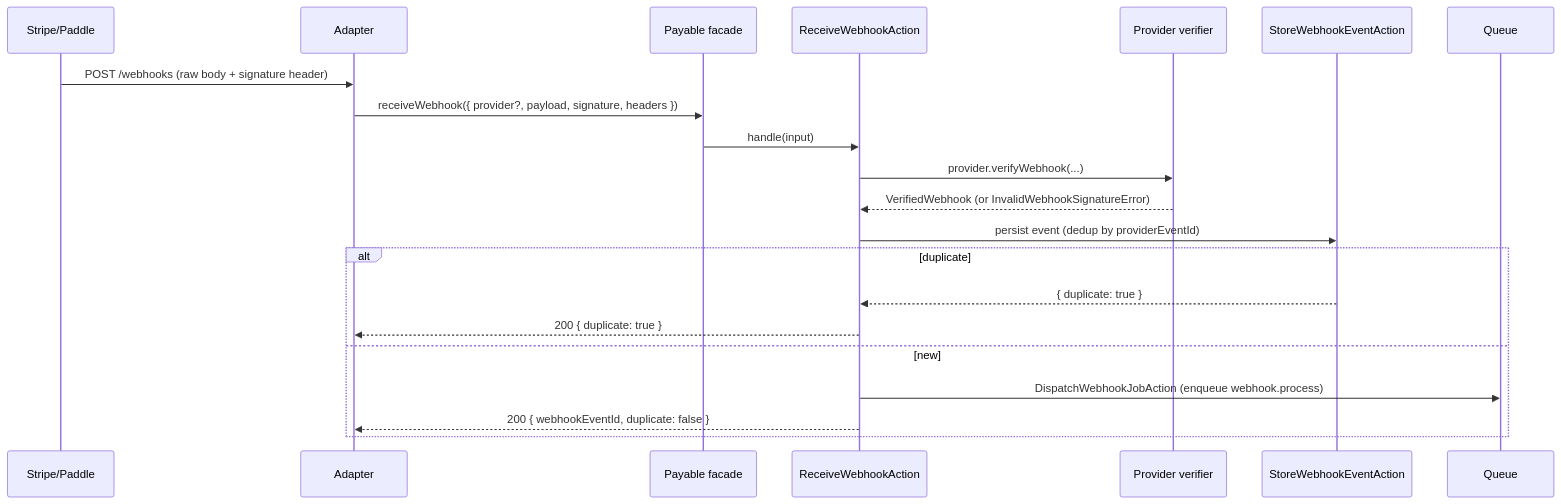
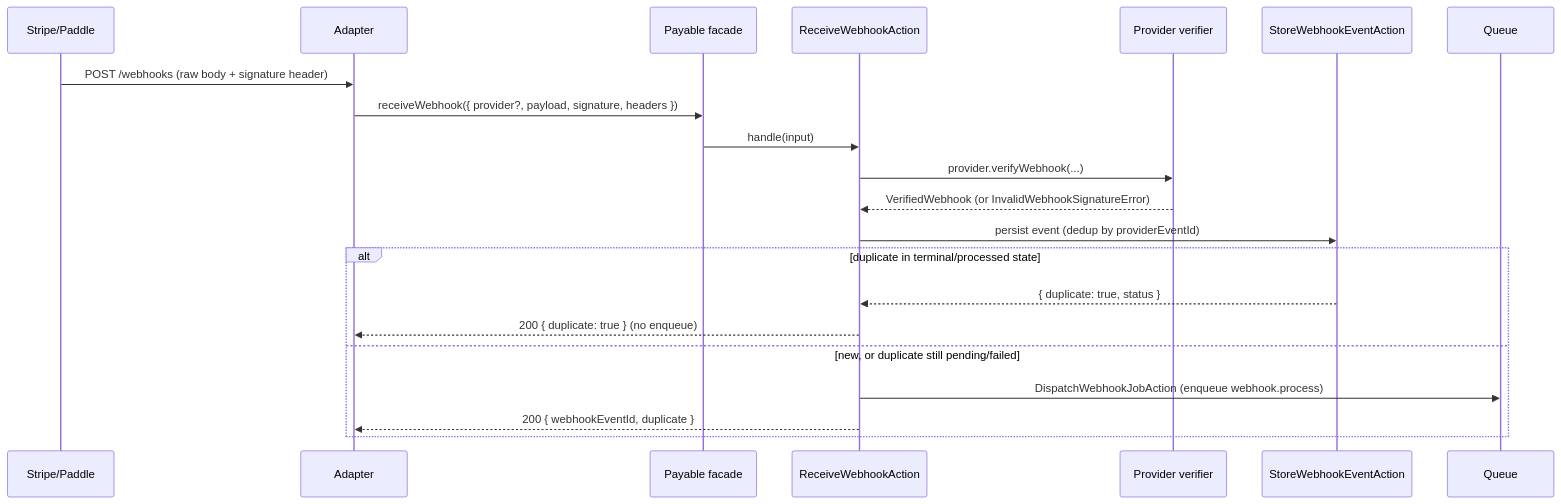
Before and after one commit to kidiatoliny/payable-docs: the second of 5 diagrams in _docs_src/27-data-flows.md, drawn with Mermaid. The commit also changed other lines of this file and 31 other files, not shown here.

````diff
--- a/_docs_src/27-data-flows.md
+++ b/_docs_src/27-data-flows.md
@@ -56,23 +56,23 @@
 ```mermaid
 sequenceDiagram
   participant Provider as Stripe/Paddle
   participant Adapter
   participant Facade as Payable facade
   participant Receive as ReceiveWebhookAction
   participant Verify as Provider verifier
   participant Store as StoreWebhookEventAction
   participant Queue
   Provider->>Adapter: POST /webhooks (raw body + signature header)
   Adapter->>Facade: receiveWebhook({ provider?, payload, signature, headers })
   Facade->>Receive: handle(input)
   Receive->>Verify: provider.verifyWebhook(...)
   Verify-->>Receive: VerifiedWebhook (or InvalidWebhookSignatureError)
   Receive->>Store: persist event (dedup by providerEventId)
-  alt duplicate
-    Store-->>Receive: { duplicate: true }
-    Receive-->>Adapter: 200 { duplicate: true }
-  else new
+  alt duplicate in terminal/processed state
+    Store-->>Receive: { duplicate: true, status }
+    Receive-->>Adapter: 200 { duplicate: true } (no enqueue)
+  else new, or duplicate still pending/failed
     Receive->>Queue: DispatchWebhookJobAction (enqueue webhook.process)
-    Receive-->>Adapter: 200 { webhookEventId, duplicate: false }
+    Receive-->>Adapter: 200 { webhookEventId, duplicate }
   end
 ```
````
